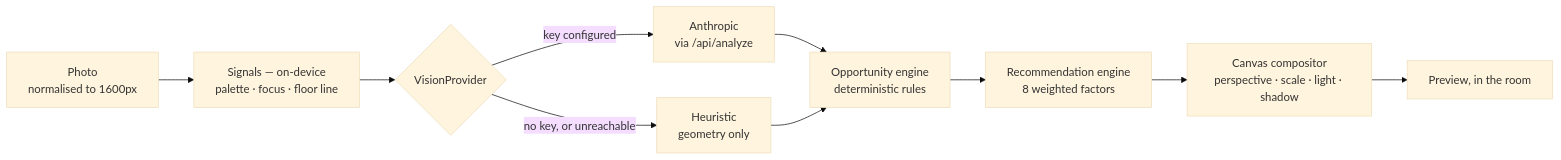
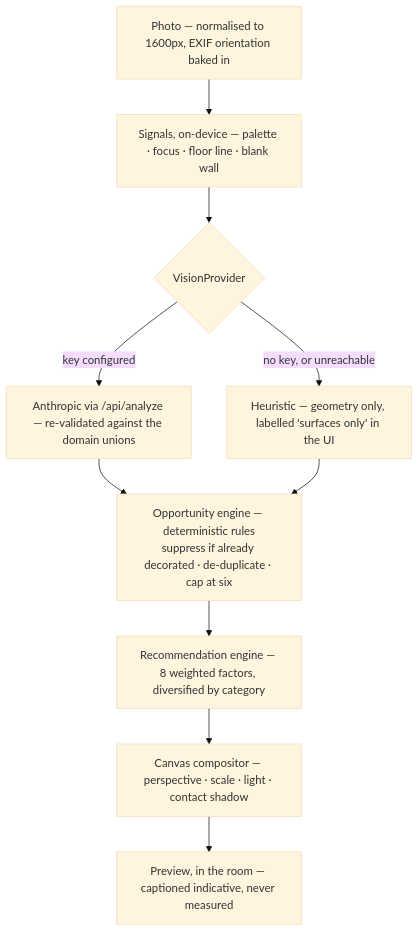
The diagram in README.md (heykoyr/mydecor), drawn with Mermaid (base theme) before and after one commit.

Commit message:
docs: make the architecture diagram legible on GitHub
Left-to-right, the flowchart's nine nodes were scaled down to the width of the
README column, which rendered the labels too small to read and left a large
empty band under them. Top-down gives each node the full column width, so the
labels are legible and there is room to say what each stage actually does.

````diff
--- a/README.md
+++ b/README.md
@@ -77,12 +77,19 @@
 ```mermaid
-flowchart LR
-  P["Photo<br/>normalised to 1600px"] --> S["Signals — on-device<br/>palette · focus · floor line"]
-  S --> V{"VisionProvider"}
-  V -->|"key configured"| A["Anthropic<br/>via /api/analyze"]
-  V -->|"no key, or unreachable"| H["Heuristic<br/>geometry only"]
-  A --> O["Opportunity engine<br/>deterministic rules"]
+flowchart TD
+  P["Photo — normalised to 1600px, EXIF orientation baked in"]
+  S["Signals, on-device — palette · focus · floor line · blank wall"]
+  V{"VisionProvider"}
+  A["Anthropic via /api/analyze — re-validated against the domain unions"]
+  H["Heuristic — geometry only, labelled 'surfaces only' in the UI"]
+  O["Opportunity engine — deterministic rules<br/>suppress if already decorated · de-duplicate · cap at six"]
+  R["Recommendation engine — 8 weighted factors, diversified by category"]
+  C["Canvas compositor — perspective · scale · light · contact shadow"]
+  Out["Preview, in the room — captioned indicative, never measured"]
+
+  P --> S --> V
+  V -->|"key configured"| A
+  V -->|"no key, or unreachable"| H
+  A --> O
   H --> O
-  O --> R["Recommendation engine<br/>8 weighted factors"]
-  R --> C["Canvas compositor<br/>perspective · scale · light · shadow"]
-  C --> Out["Preview, in the room"]
+  O --> R --> C --> Out
 ```
````
